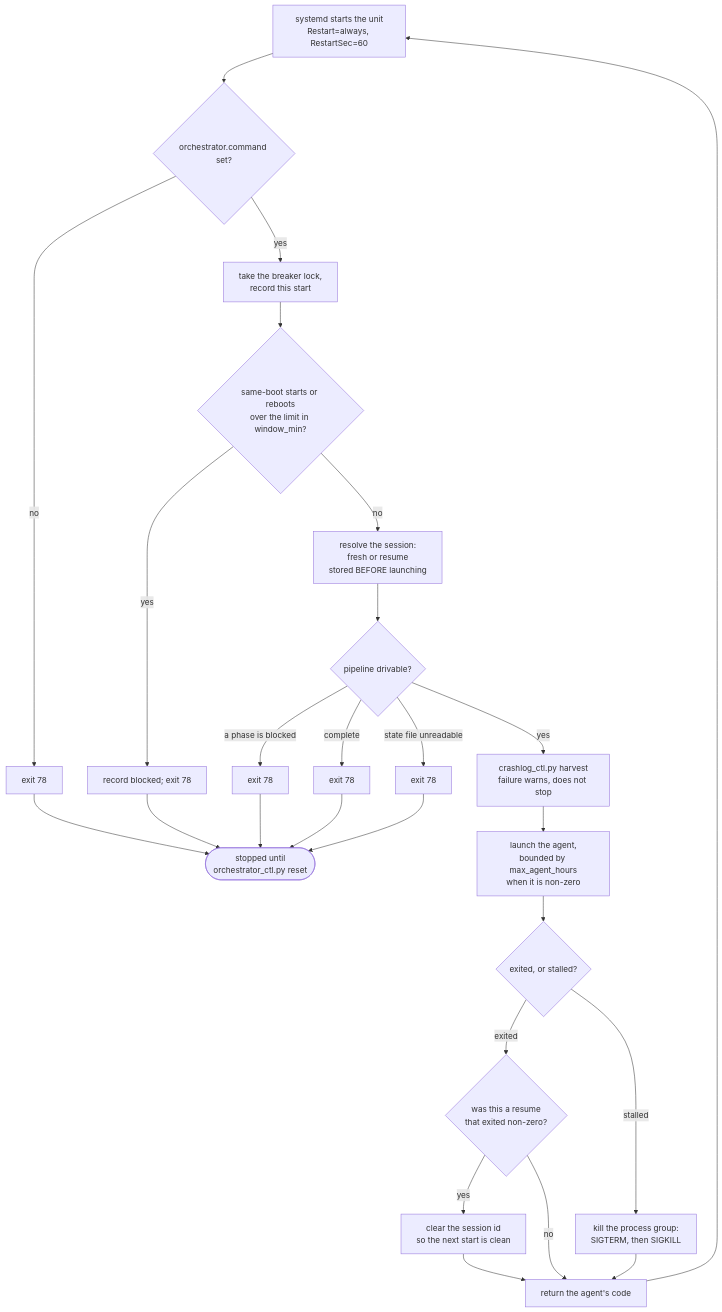
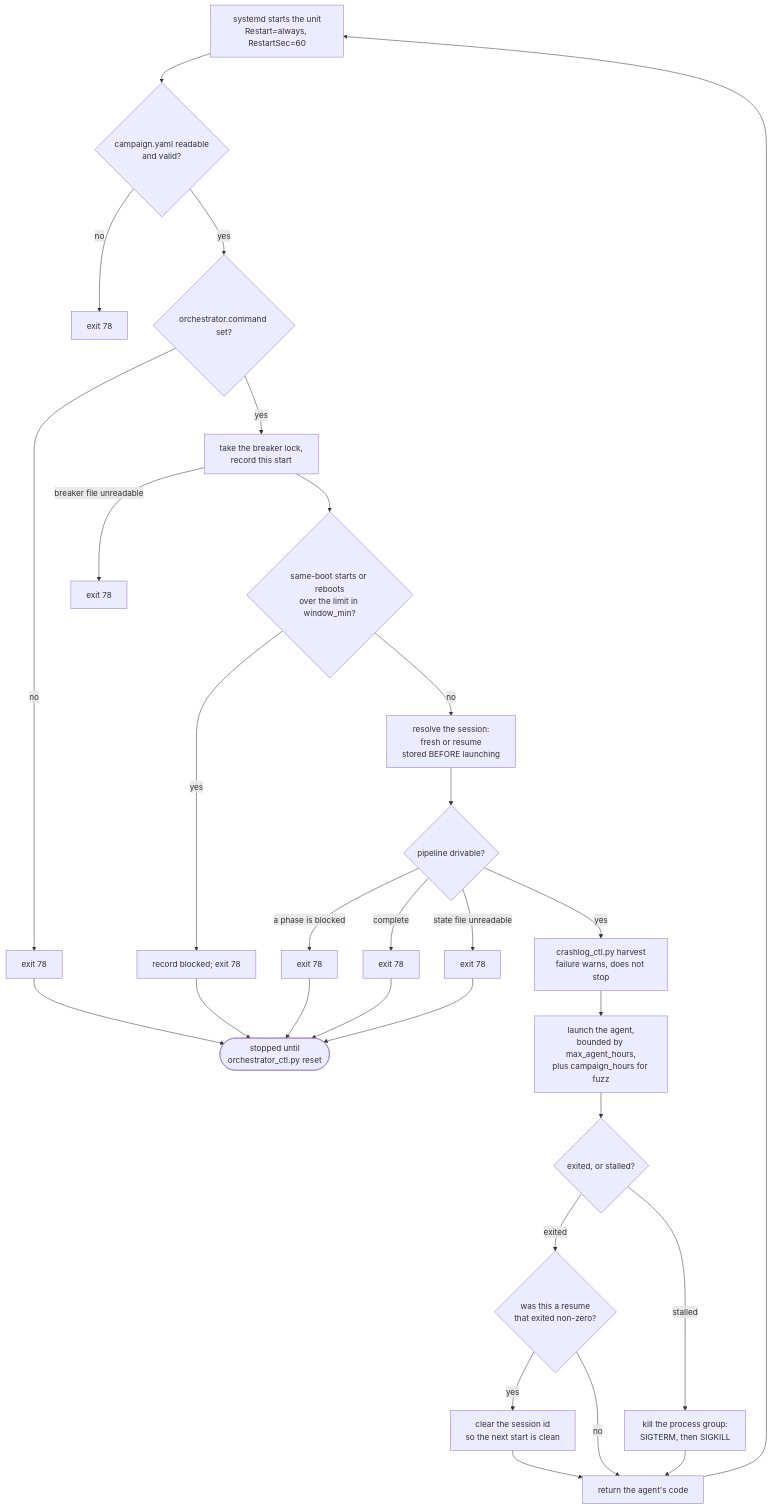
One commit to Indspl0it/gspwn changed the seventh of 11 diagrams in docs/src/content/docs/architecture/loops.md. Above: the diagram before and after it, drawn with Mermaid. The commit also changed other lines of this file and 20 other files, not shown here.

````diff
--- a/docs/src/content/docs/architecture/loops.md
+++ b/docs/src/content/docs/architecture/loops.md
@@ -285,28 +285,31 @@
 ```mermaid
 flowchart TB
-  S["systemd starts the unit<br/>Restart=always, RestartSec=60"] --> CMD{"orchestrator.command set?"}
+  S["systemd starts the unit<br/>Restart=always, RestartSec=60"] --> CFG{"campaign.yaml readable<br/>and valid?"}
+  CFG -->|no| X0["exit 78"]
+  CFG -->|yes| CMD{"orchestrator.command set?"}
   CMD -->|no| X1["exit 78"]
   CMD -->|yes| LK["take the breaker lock,<br/>record this start"]
+  LK -->|"breaker file unreadable"| X5["exit 78"]
   LK --> BRK{"same-boot starts or reboots<br/>over the limit in window_min?"}
   BRK -->|yes| BLK["record blocked; exit 78"]
   BRK -->|no| SESS["resolve the session:<br/>fresh or resume<br/>stored BEFORE launching"]
   SESS --> PIPE{"pipeline drivable?"}
   PIPE -->|"a phase is blocked"| X2["exit 78"]
   PIPE -->|"complete"| X3["exit 78"]
   PIPE -->|"state file unreadable"| X4["exit 78"]
   PIPE -->|yes| HAR["crashlog_ctl.py harvest<br/>failure warns, does not stop"]
-  HAR --> LAUNCH["launch the agent,<br/>bounded by max_agent_hours<br/>when it is non-zero"]
+  HAR --> LAUNCH["launch the agent,<br/>bounded by max_agent_hours,<br/>plus campaign_hours for fuzz"]
   LAUNCH --> WAIT{"exited, or stalled?"}
   WAIT -->|exited| RES{"was this a resume<br/>that exited non-zero?"}
   WAIT -->|stalled| KILL["kill the process group:<br/>SIGTERM, then SIGKILL"]
   RES -->|yes| CLR["clear the session id<br/>so the next start is clean"]
   RES -->|no| RET["return the agent's code"]
   KILL --> RET
   CLR --> RET
   RET --> S
   BLK --> STOPPED(["stopped until<br/>orchestrator_ctl.py reset"])
   X1 --> STOPPED
   X2 --> STOPPED
   X3 --> STOPPED
   X4 --> STOPPED
 ```
````
